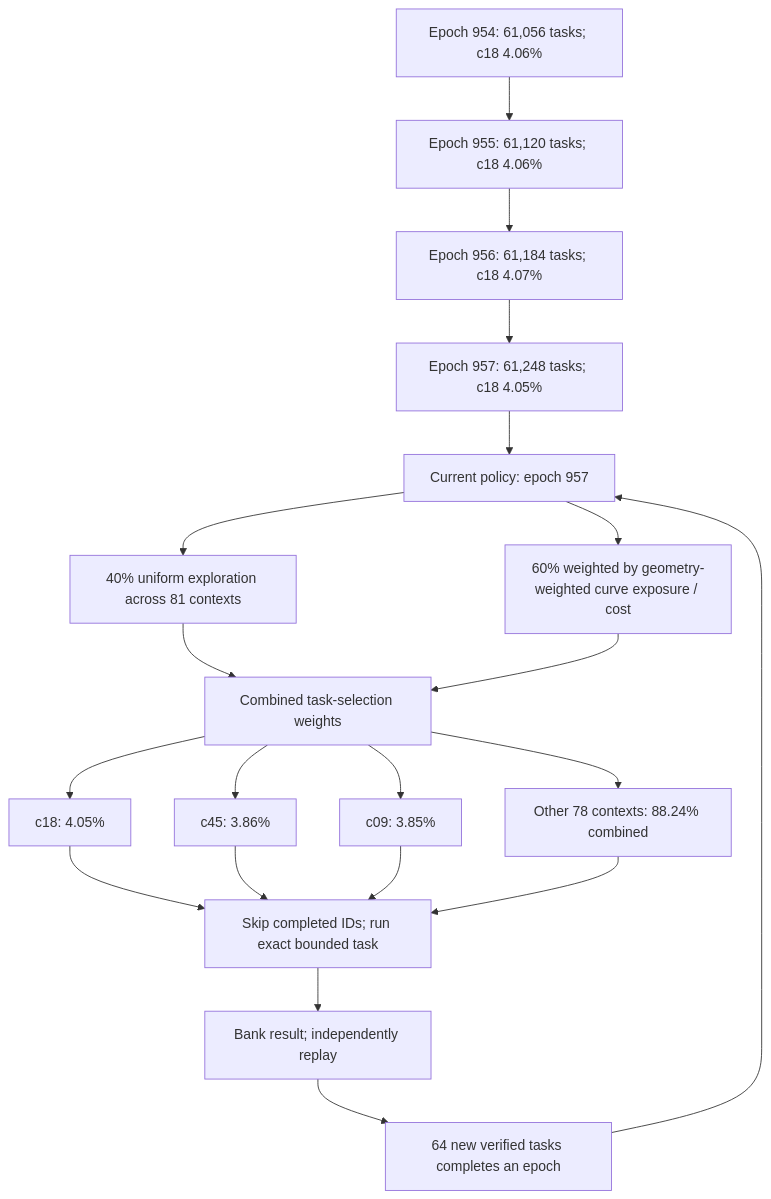
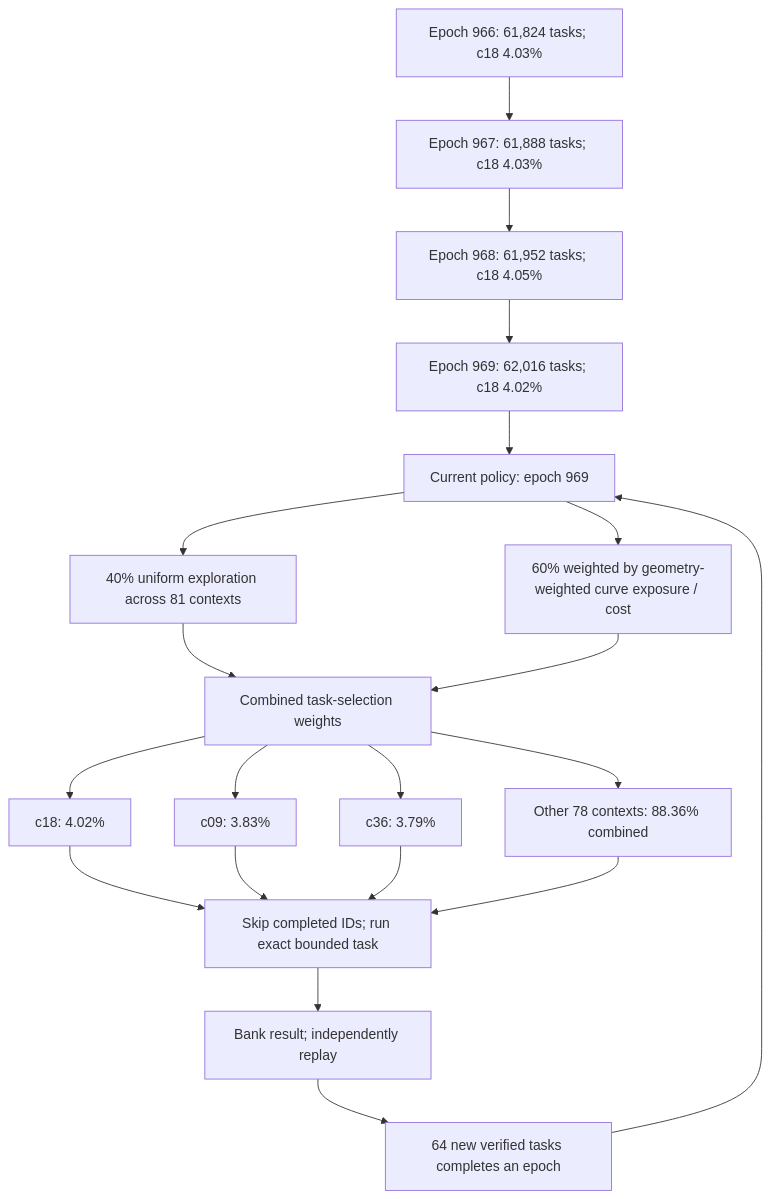
One commit to Kuberwastaken/math-gambling changed the first of 3 diagrams in README.md. Above: the diagram before and after it, drawn with Mermaid. The commit also changed other lines of this file and 1634 other files, not shown here.

````diff
--- a/README.md
+++ b/README.md
@@ -55,27 +55,27 @@
 ```mermaid
 flowchart TD
-    H0["Epoch 954: 61,056 tasks; c18 4.06%"]
-    H1["Epoch 955: 61,120 tasks; c18 4.06%"]
+    H0["Epoch 966: 61,824 tasks; c18 4.03%"]
+    H1["Epoch 967: 61,888 tasks; c18 4.03%"]
     H0 --> H1
-    H2["Epoch 956: 61,184 tasks; c18 4.07%"]
+    H2["Epoch 968: 61,952 tasks; c18 4.05%"]
     H1 --> H2
-    H3["Epoch 957: 61,248 tasks; c18 4.05%"]
+    H3["Epoch 969: 62,016 tasks; c18 4.02%"]
     H2 --> H3
-    Policy["Current policy: epoch 957"]
+    Policy["Current policy: epoch 969"]
     H3 --> Policy
     Policy --> Explore["40% uniform exploration across 81 contexts"]
     Policy --> Cost["60% weighted by geometry-weighted curve exposure / cost"]
     Explore --> Mix["Combined task-selection weights"]
     Cost --> Mix
-    Mix --> C0["c18: 4.05%"]
-    Mix --> C1["c45: 3.86%"]
-    Mix --> C2["c09: 3.85%"]
-    Mix --> Rest["Other 78 contexts: 88.24% combined"]
+    Mix --> C0["c18: 4.02%"]
+    Mix --> C1["c09: 3.83%"]
+    Mix --> C2["c36: 3.79%"]
+    Mix --> Rest["Other 78 contexts: 88.36% combined"]
     C0 --> Check["Skip completed IDs; run exact bounded task"]
     C1 --> Check
     C2 --> Check
     Rest --> Check
     Check --> Replay["Bank result; independently replay"]
     Replay --> Gate["64 new verified tasks completes an epoch"]
     Gate --> Policy
 ```
````
